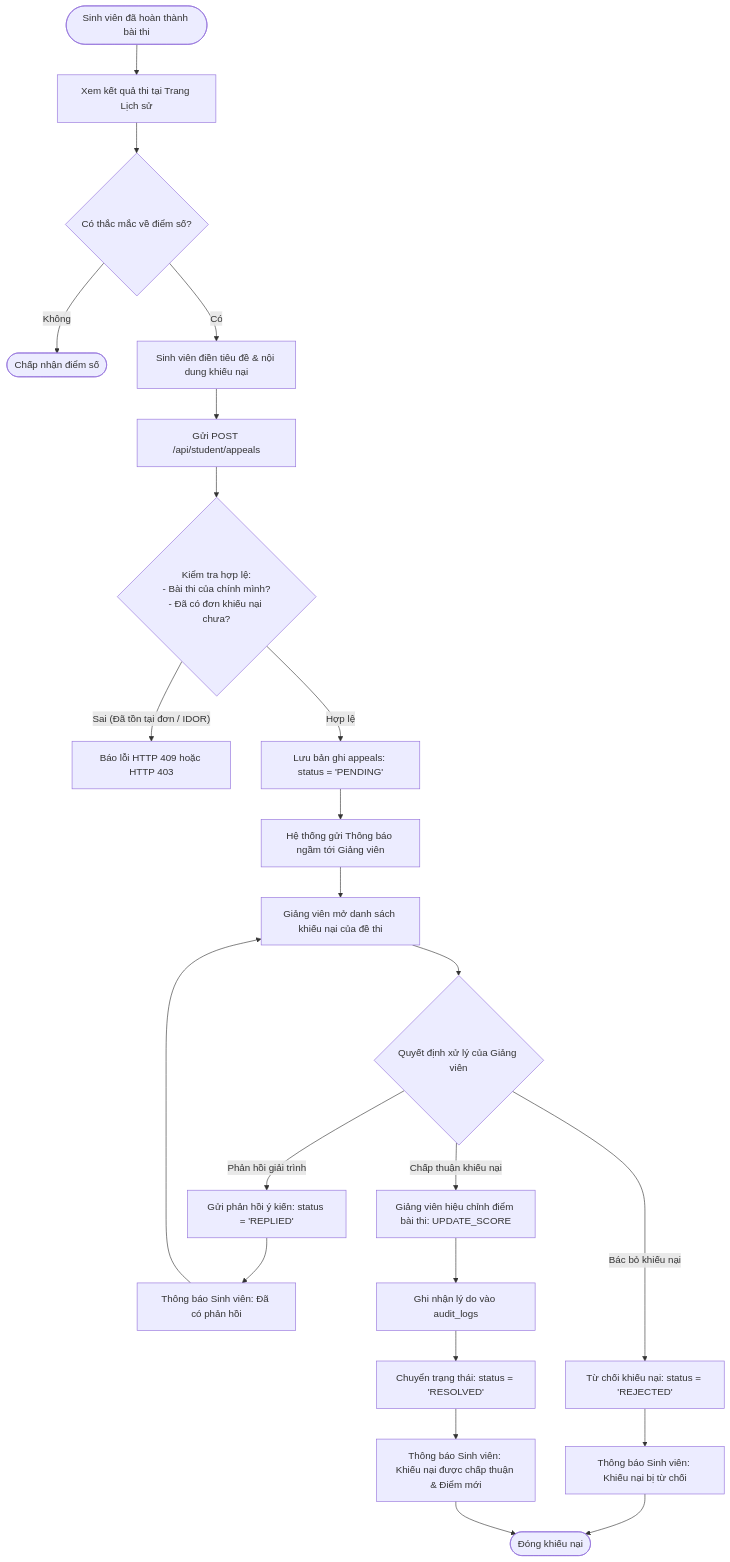
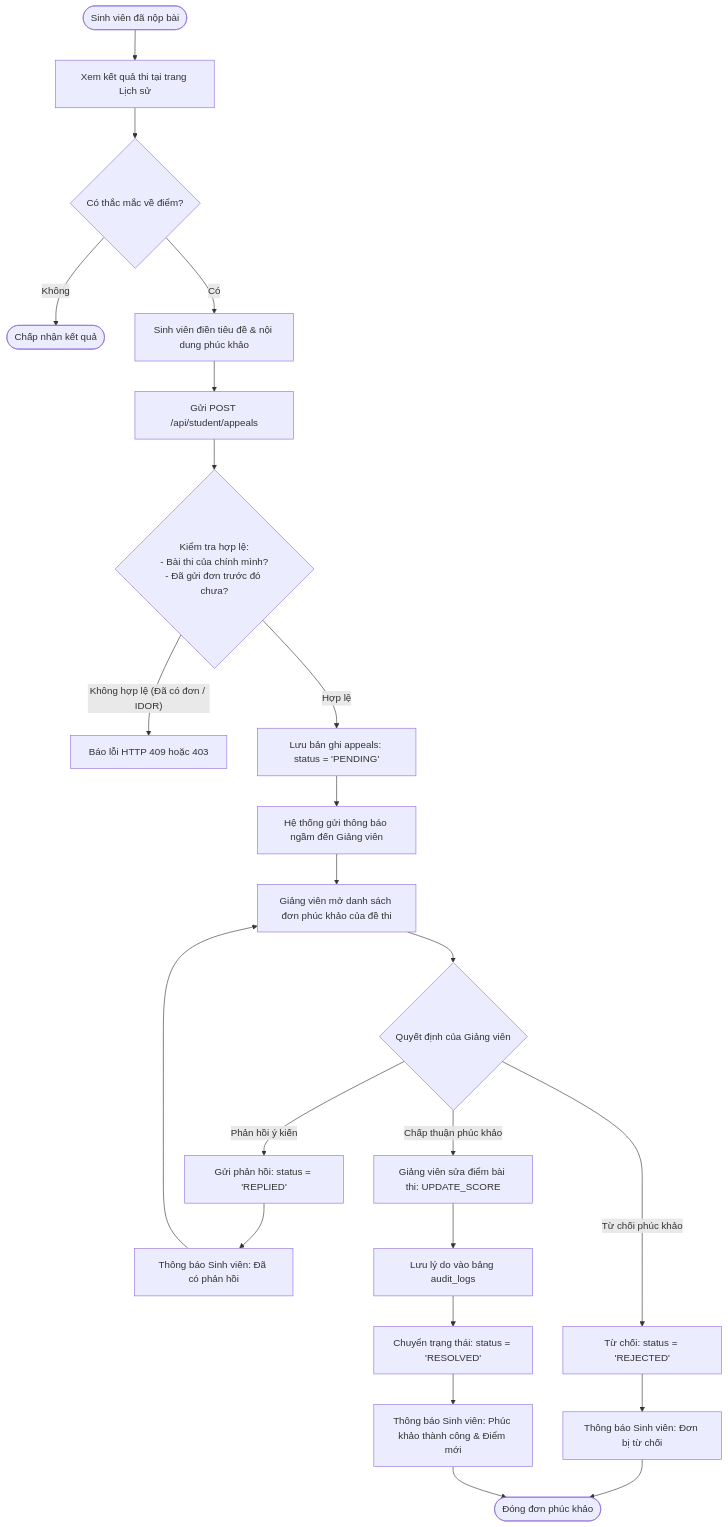
Before and after one commit to NguenDung/exam-system-mvp: the fourth of 8 diagrams in ARCHITECTURE_AND_REPORT.md, drawn with Mermaid. The commit also changed other lines of this file and 22 other files, not shown here.

````diff
--- a/ARCHITECTURE_AND_REPORT.md
+++ b/ARCHITECTURE_AND_REPORT.md
@@ -478,32 +476,32 @@
 ```mermaid
 flowchart TD
-    SubmitExam([Sinh viên đã hoàn thành bài thi]) --> CheckScore[Xem kết quả thi tại Trang Lịch sử]
-    CheckScore --> DisagreeScore{Có thắc mắc về điểm số?}
+    SubmitExam([Sinh viên đã nộp bài]) --> CheckScore[Xem kết quả thi tại trang Lịch sử]
+    CheckScore --> DisagreeScore{Có thắc mắc về điểm?}
 
-    DisagreeScore -- "Không" --> AcceptResult([Chấp nhận điểm số])
-    DisagreeScore -- "Có" --> CreateAppeal["Sinh viên điền tiêu đề & nội dung khiếu nại"]
+    DisagreeScore -- "Không" --> AcceptResult([Chấp nhận kết quả])
+    DisagreeScore -- "Có" --> CreateAppeal["Sinh viên điền tiêu đề & nội dung phúc khảo"]
     CreateAppeal --> SendAppealAPI["Gửi POST /api/student/appeals"]
 
-    SendAppealAPI --> ValidateAppeal{"Kiểm tra hợp lệ:<br/>- Bài thi của chính mình?<br/>- Đã có đơn khiếu nại chưa?"}
-    ValidateAppeal -- "Sai (Đã tồn tại đơn / IDOR)" --> RejectCreate[Báo lỗi HTTP 409 hoặc HTTP 403]
+    SendAppealAPI --> ValidateAppeal{"Kiểm tra hợp lệ:<br/>- Bài thi của chính mình?<br/>- Đã gửi đơn trước đó chưa?"}
+    ValidateAppeal -- "Không hợp lệ (Đã có đơn / IDOR)" --> RejectCreate[Báo lỗi HTTP 409 hoặc 403]
     
     ValidateAppeal -- "Hợp lệ" --> SavePending["Lưu bản ghi appeals: status = 'PENDING'"]
-    SavePending --> NotifyTeacher["Hệ thống gửi Thông báo ngầm tới Giảng viên"]
+    SavePending --> NotifyTeacher["Hệ thống gửi thông báo ngầm đến Giảng viên"]
 
-    NotifyTeacher --> TeacherReview[Giảng viên mở danh sách khiếu nại của đề thi]
-    TeacherReview --> TeacherAction{"Quyết định xử lý của Giảng viên"}
+    NotifyTeacher --> TeacherReview[Giảng viên mở danh sách đơn phúc khảo của đề thi]
+    TeacherReview --> TeacherAction{"Quyết định của Giảng viên"}
 
-    TeacherAction -- "Phản hồi giải trình" --> ReplyAppeal["Gửi phản hồi ý kiến: status = 'REPLIED'"]
+    TeacherAction -- "Phản hồi ý kiến" --> ReplyAppeal["Gửi phản hồi: status = 'REPLIED'"]
     ReplyAppeal --> NotifyStudent1["Thông báo Sinh viên: Đã có phản hồi"]
     NotifyStudent1 --> TeacherReview
 
-    TeacherAction -- "Bác bỏ khiếu nại" --> RejectAppeal["Từ chối khiếu nại: status = 'REJECTED'"]
-    RejectAppeal --> NotifyStudent2["Thông báo Sinh viên: Khiếu nại bị từ chối"]
-    NotifyStudent2 --> AppealClosed([Đóng khiếu nại])
+    TeacherAction -- "Từ chối phúc khảo" --> RejectAppeal["Từ chối: status = 'REJECTED'"]
+    RejectAppeal --> NotifyStudent2["Thông báo Sinh viên: Đơn bị từ chối"]
+    NotifyStudent2 --> AppealClosed([Đóng đơn phúc khảo])
 
-    TeacherAction -- "Chấp thuận khiếu nại" --> ResolveAction["Giảng viên hiệu chỉnh điểm bài thi: UPDATE_SCORE"]
-    ResolveAction --> WriteAuditLog["Ghi nhận lý do vào audit_logs"]
+    TeacherAction -- "Chấp thuận phúc khảo" --> ResolveAction["Giảng viên sửa điểm bài thi: UPDATE_SCORE"]
+    ResolveAction --> WriteAuditLog["Lưu lý do vào bảng audit_logs"]
     WriteAuditLog --> ResolveAppeal["Chuyển trạng thái: status = 'RESOLVED'"]
-    ResolveAppeal --> NotifyStudent3["Thông báo Sinh viên: Khiếu nại được chấp thuận & Điểm mới"]
+    ResolveAppeal --> NotifyStudent3["Thông báo Sinh viên: Phúc khảo thành công & Điểm mới"]
     NotifyStudent3 --> AppealClosed
 ```
````
